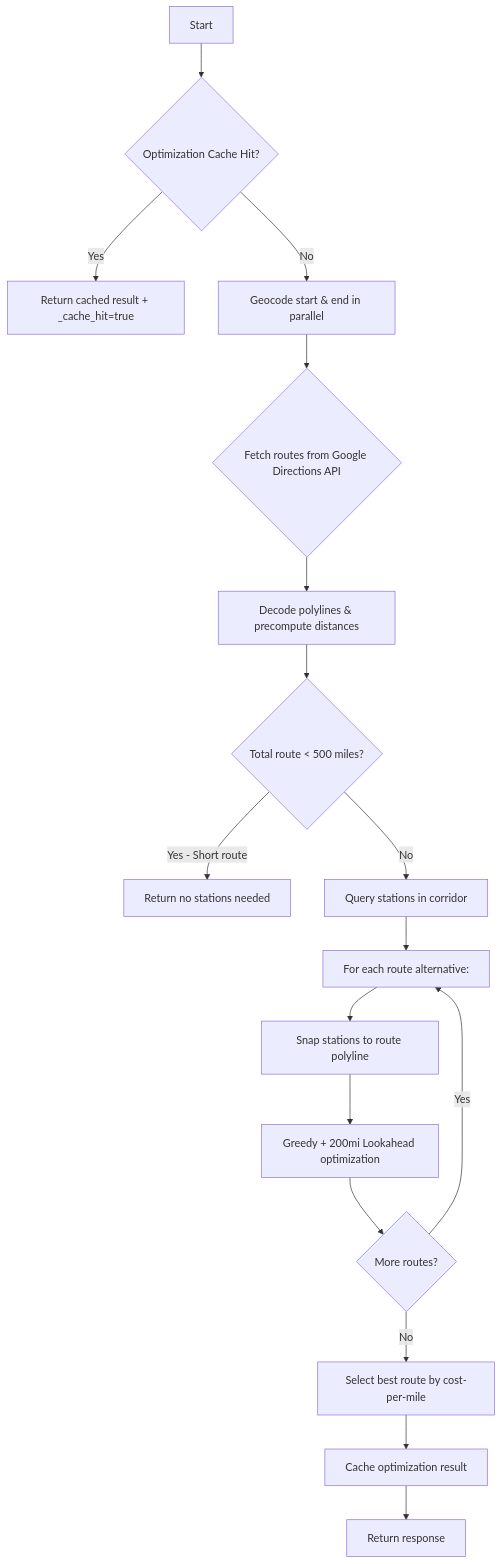
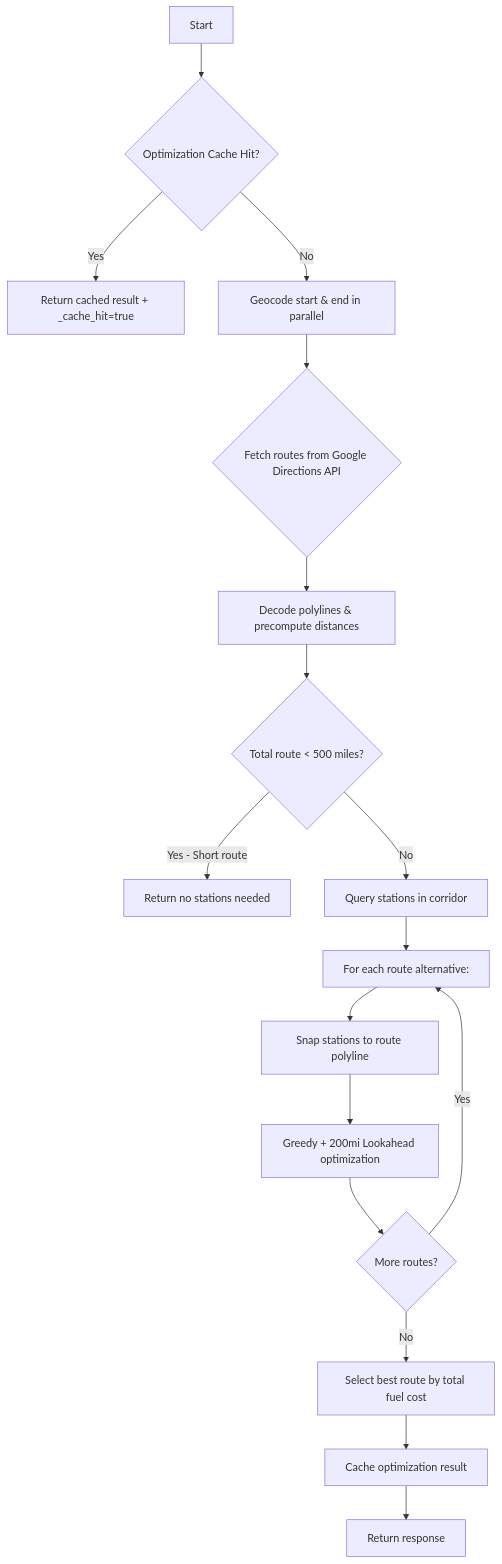
The fourth of 7 diagrams in README.md (iamraghs/fuel-route-optimization-api), drawn with Mermaid before and after one commit. The commit also changed other lines of this file and 1 other file, not shown here.

````diff
--- a/README.md
+++ b/README.md
@@ -244,19 +243,19 @@
 ```mermaid
 flowchart TD
     A[Start] --> B{Optimization Cache Hit?}
     B -->|Yes| C[Return cached result + _cache_hit=true]
     B -->|No| D[Geocode start & end in parallel]
     D --> E{Fetch routes from Google Directions API}
     E --> F[Decode polylines & precompute distances]
     F --> G{Total route < 500 miles?}
     G -->|Yes - Short route| H[Return no stations needed]
     G -->|No| I[Query stations in corridor]
     I --> J[For each route alternative:]
     J --> K[Snap stations to route polyline]
     K --> L[Greedy + 200mi Lookahead optimization]
     L --> M{More routes?}
     M -->|Yes| J
-    M -->|No| N[Select best route by cost-per-mile]
+    M -->|No| N[Select best route by total fuel cost]
     N --> O[Cache optimization result]
     O --> P[Return response]
 ```
````
